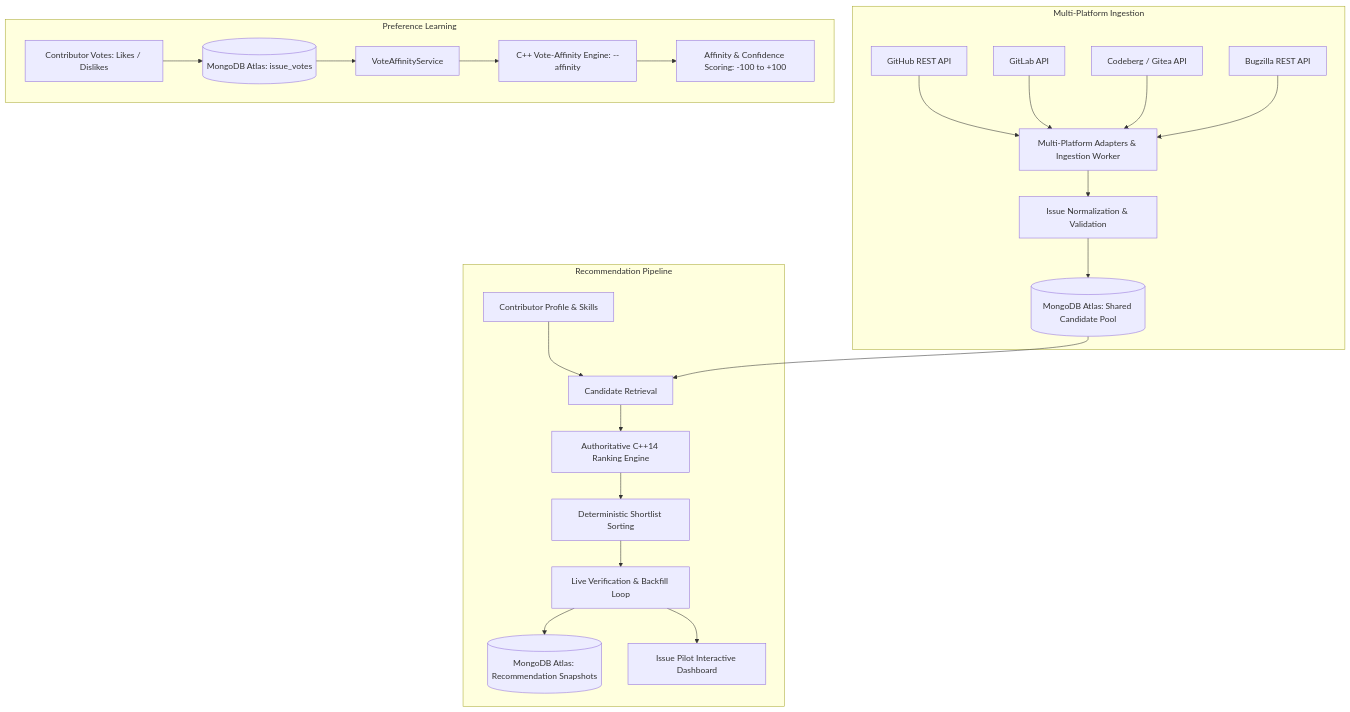
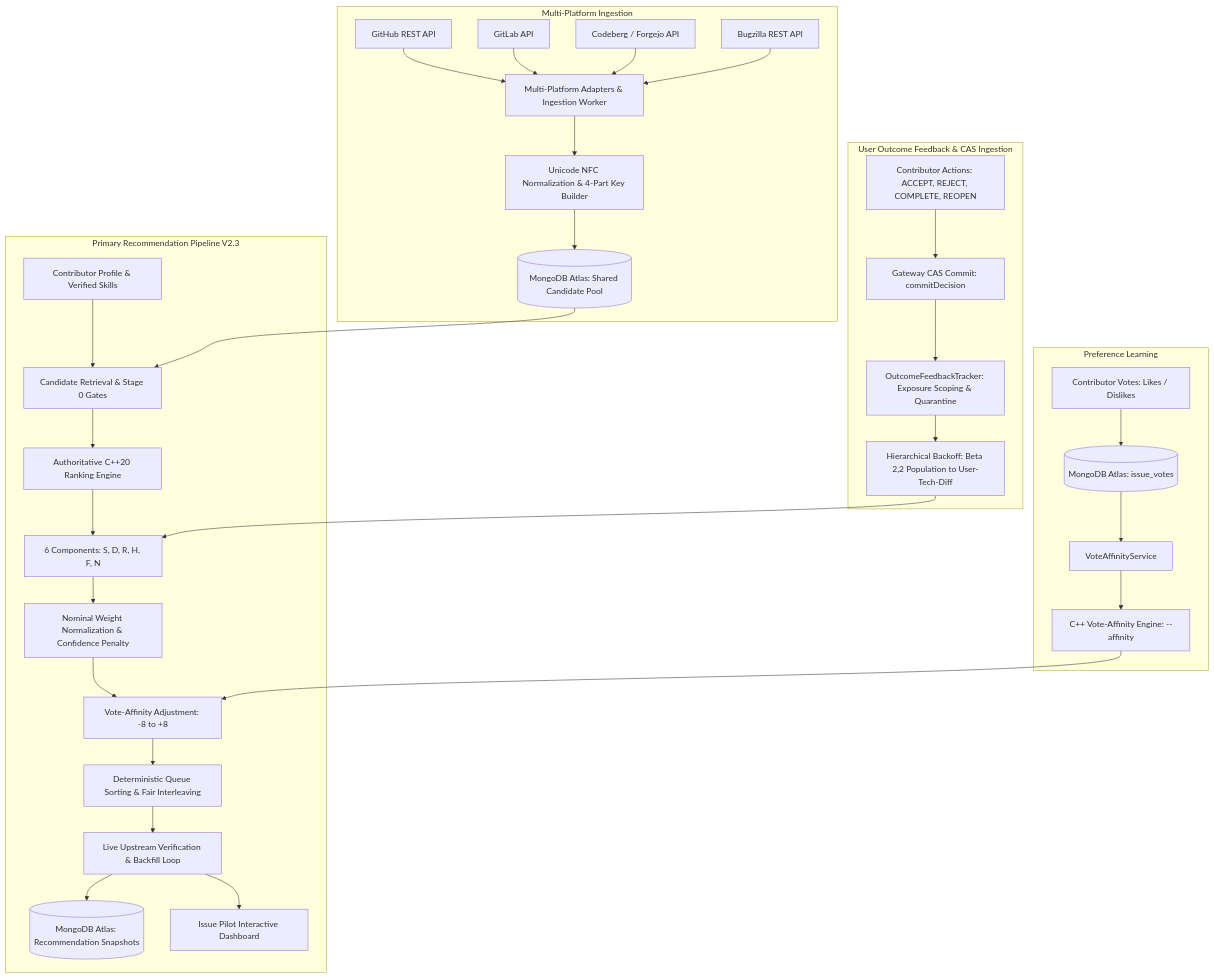
The diagram in README.md (yashshinde2/Issue-Pilot), drawn with Mermaid before and after one commit. The commit also changed other lines of this file, not shown here.

Commit message:
docs: update README with V2.3 algorithm specification and CAS feedback lifecycle

````diff
--- a/README.md
+++ b/README.md
@@ -10,28 +10,38 @@
 ```mermaid
 graph TD
     subgraph Multi-Platform Ingestion
         GH[GitHub REST API] --> GW[Multi-Platform Adapters & Ingestion Worker]
         GL[GitLab API] --> GW
-        CB[Codeberg / Gitea API] --> GW
+        CB[Codeberg / Forgejo API] --> GW
         BZ[Bugzilla REST API] --> GW
-        GW --> NORM[Issue Normalization & Validation]
+        GW --> NORM[Unicode NFC Normalization & 4-Part Key Builder]
         NORM --> AT[(MongoDB Atlas: Shared Candidate Pool)]
     end
     
-    subgraph Recommendation Pipeline
-        USER[Contributor Profile & Skills] --> RET[Candidate Retrieval]
+    subgraph Primary Recommendation Pipeline V2.3
+        USER[Contributor Profile & Verified Skills] --> RET[Candidate Retrieval & Stage 0 Gates]
         AT --> RET
-        RET --> CPP[Authoritative C++14 Ranking Engine]
-        CPP --> SORT[Deterministic Shortlist Sorting]
-        SORT --> VER[Live Verification & Backfill Loop]
+        RET --> CPP[Authoritative C++20 Ranking Engine]
+        CPP --> S_CALC[6 Components: S, D, R, H, F, N]
+        S_CALC --> PENALTY[Nominal Weight Normalization & Confidence Penalty]
+        PENALTY --> AFF[Vote-Affinity Adjustment: -8 to +8]
+        AFF --> SORT[Deterministic Queue Sorting & Fair Interleaving]
+        SORT --> VER[Live Upstream Verification & Backfill Loop]
         VER --> SNAP[(MongoDB Atlas: Recommendation Snapshots)]
         VER --> UI[Issue Pilot Interactive Dashboard]
+    end
+
+    subgraph User Outcome Feedback & CAS Ingestion
+        INTERACT[Contributor Actions: ACCEPT, REJECT, COMPLETE, REOPEN] --> CAS_GW[Gateway CAS Commit: commitDecision]
+        CAS_GW --> TRK[OutcomeFeedbackTracker: Exposure Scoping & Quarantine]
+        TRK --> HIER[Hierarchical Backoff: Beta 2,2 Population to User-Tech-Diff]
+        HIER --> S_CALC
     end
 
     subgraph Preference Learning
         VOTES[Contributor Votes: Likes / Dislikes] --> VOTE_REPO[(MongoDB Atlas: issue_votes)]
         VOTE_REPO --> AFF_CLIENT[VoteAffinityService]
         AFF_CLIENT --> CPP_AFF[C++ Vote-Affinity Engine: --affinity]
-        CPP_AFF --> AFF_EVAL[Affinity & Confidence Scoring: -100 to +100]
+        CPP_AFF --> AFF
     end
 ```
````
